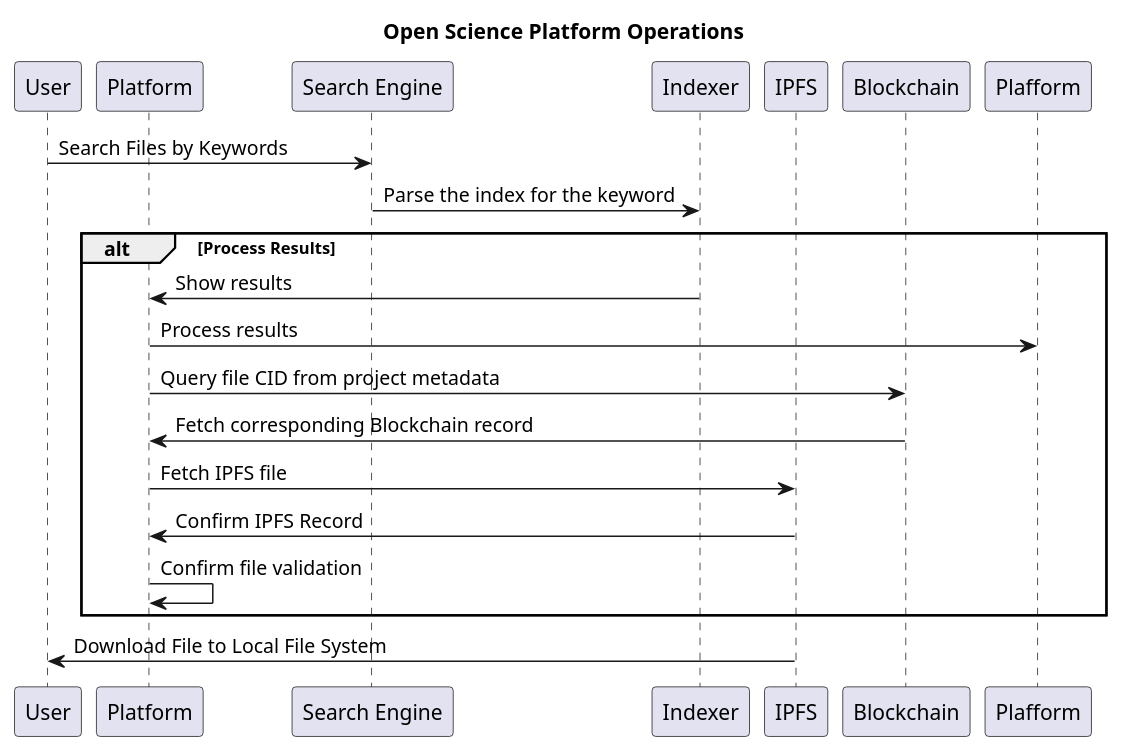
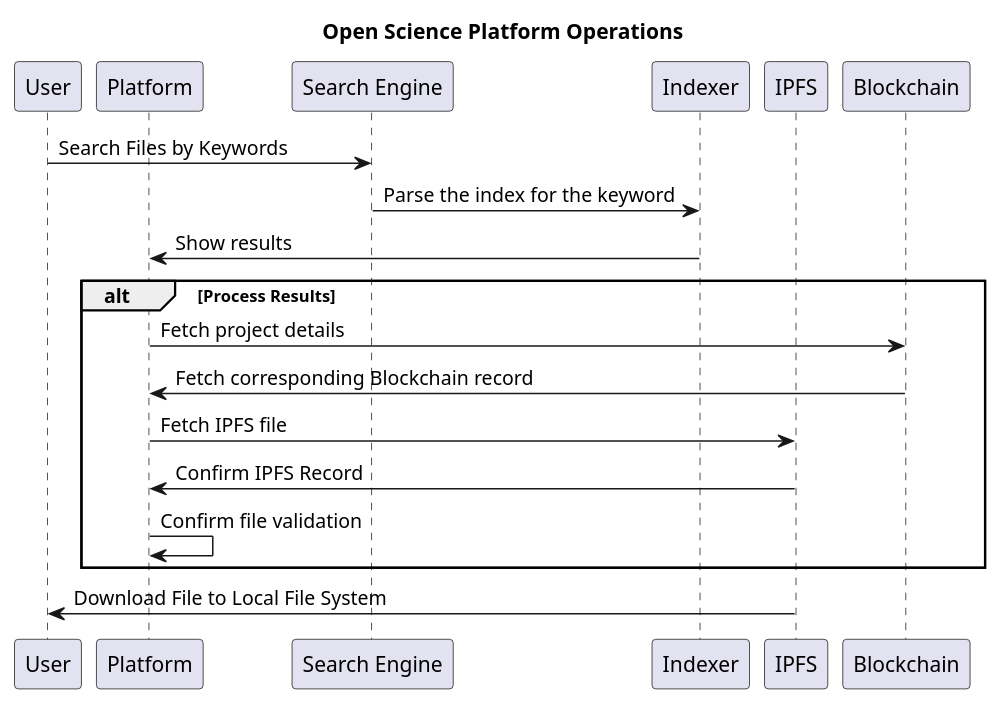
One commit to OliveiraEdu/d-OSP changed the diagram in diagrams/plantUML/operations_2.wsd. Above: the diagram before and after it, drawn with PlantUML. The commit also changed 1 other file, not shown here.

```diff
--- a/diagrams/plantUML/operations_2.wsd
+++ b/diagrams/plantUML/operations_2.wsd
@@ -1,33 +1,32 @@
 @startuml
 
 title Open Science Platform Operations
 
 participant User as "User"
 participant Platform as "Platform"
 participant SE as "Search Engine"
 participant Indexer as "Indexer"
 participant IPFS as "IPFS"
 participant Blockchain as "Blockchain"
 
 User -> SE: Search Files by Keywords
 SE -> Indexer: Parse the index for the keyword
 
+Indexer -> Platform: Show results
+
 
 alt Process Results
-    Indexer -> Platform: Show results
-
-    Platform -> Plafform: Process results
-
-    Platform -> Blockchain: Query file CID from project metadata
+    
+    Platform -> Blockchain: Fetch project details
     Blockchain -> Platform: Fetch corresponding Blockchain record
 
     Platform -> IPFS: Fetch IPFS file
     IPFS -> Platform: Confirm IPFS Record
 
     Platform -> Platform: Confirm file validation
 
 end
 
 IPFS -> User: Download File to Local File System
 
 @enduml
```
